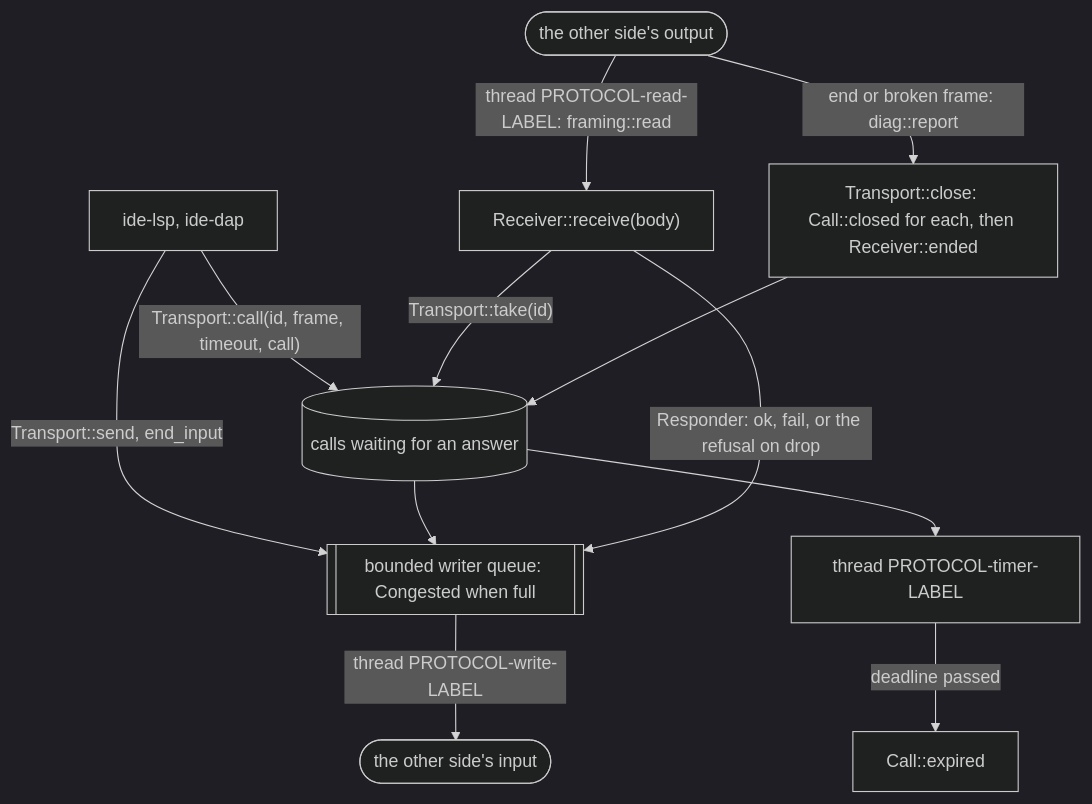
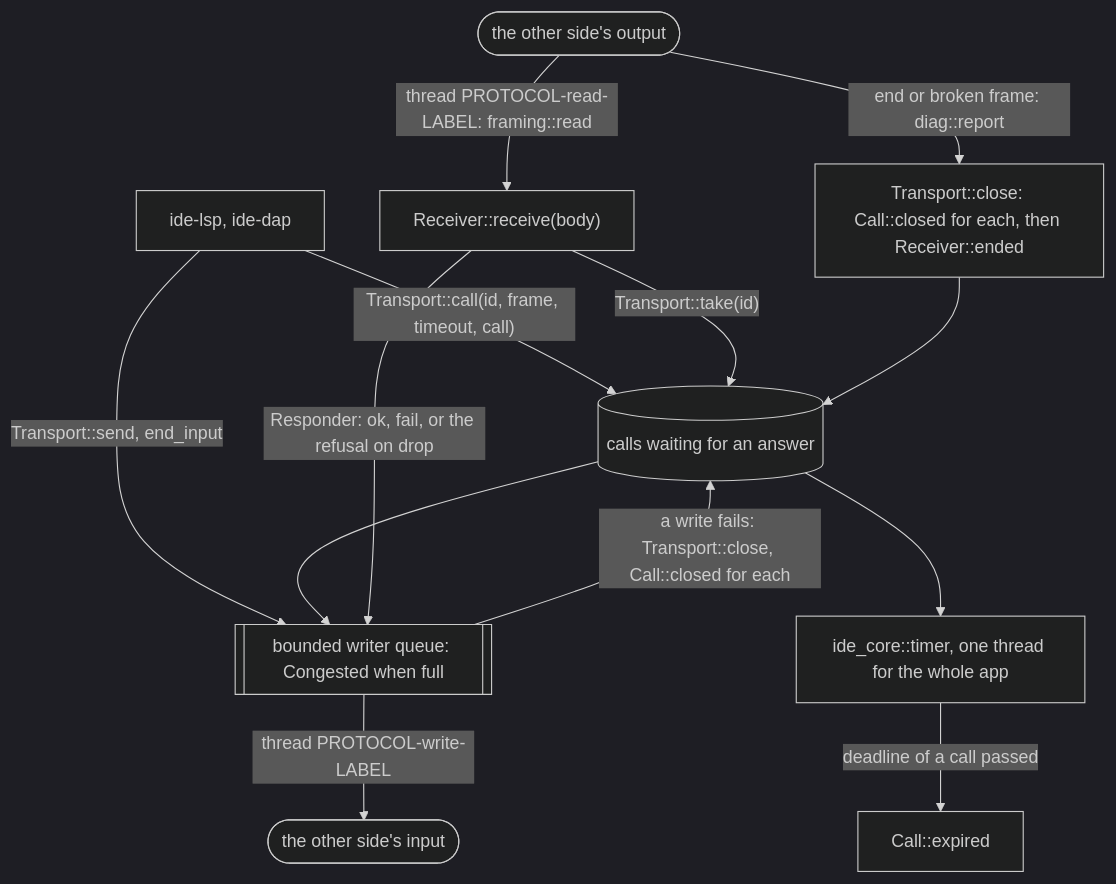
The diagram in crates/ide-rpc/README.md (sventmueller/dango), drawn with Mermaid (dark theme) before and after one commit. The commit also changed 826 other files, not shown here.

````diff
--- a/crates/ide-rpc/README.md
+++ b/crates/ide-rpc/README.md
@@ -7,14 +7,15 @@
 ```mermaid
 flowchart TB
     caller["ide-lsp, ide-dap"] -->|"Transport::call(id, frame, timeout, call)"| table[("calls waiting for an answer")]
     caller -->|"Transport::send, end_input"| queue[["bounded writer queue: Congested when full"]]
     table --> queue
     queue -->|"thread PROTOCOL-write-LABEL"| output(["the other side's input"])
+    queue -->|"a write fails: Transport::close, Call::closed for each"| table
     input(["the other side's output"]) -->|"thread PROTOCOL-read-LABEL: framing::read"| receiver["Receiver::receive(body)"]
     receiver -->|"Transport::take(id)"| table
     receiver -->|"Responder: ok, fail, or the refusal on drop"| queue
-    timer["thread PROTOCOL-timer-LABEL"] -->|"deadline passed"| expired["Call::expired"]
+    timer["ide_core::timer, one thread for the whole app"] -->|"deadline of a call passed"| expired["Call::expired"]
     table --> timer
     input -->|"end or broken frame: diag::report"| close["Transport::close: Call::closed for each, then Receiver::ended"]
     close --> table
 ```
````
